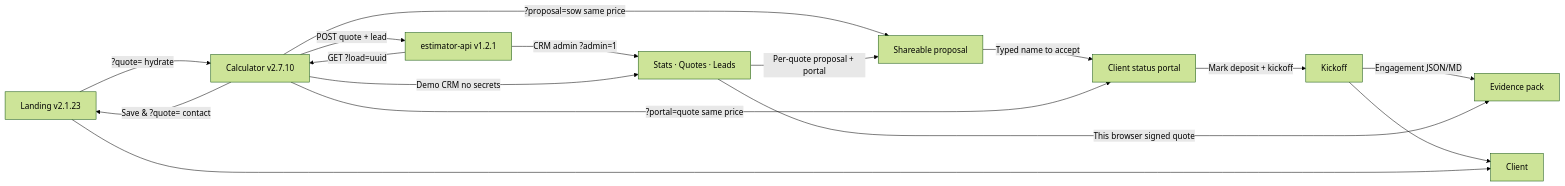
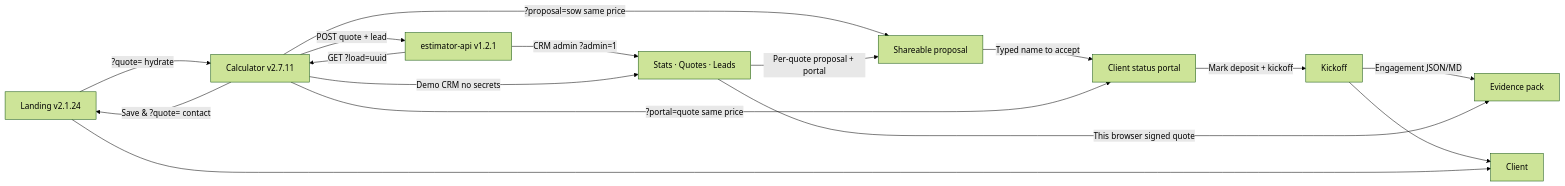
One commit to pixellayer7-jpg/pixellayer7-jpg changed the diagram in README.md. Above: the diagram before and after it, drawn with Mermaid (forest theme). The commit also changed other lines of this file and 4 other files, not shown here.

Commit message:
docs: landing v2.1.24, calculator v2.7.11 (axe a11y checks)

````diff
--- a/README.md
+++ b/README.md
@@ -21,18 +21,18 @@
 ```mermaid
 flowchart LR
-  A[Landing v2.1.23] -->|?quote= hydrate| B[Calculator v2.7.10]
+  A[Landing v2.1.24] -->|?quote= hydrate| B[Calculator v2.7.11]
   B -->|Save & ?quote= contact| A
   B -->|?proposal=sow same price| R[Shareable proposal]
   R -->|Typed name to accept| P[Client status portal]
   P -->|Mark deposit + kickoff| K[Kickoff]
   K -->|Engagement JSON/MD| X[Evidence pack]
   B -->|?portal=quote same price| P
   B -->|POST quote + lead| D[estimator-api v1.2.1]
   D -->|CRM admin ?admin=1| E[Stats · Quotes · Leads]
   B -->|Demo CRM no secrets| E
   E -->|This browser signed quote| X
   E -->|Per-quote proposal + portal| R
   K --> F[Client]
   D -->|GET ?load=uuid| B
   A --> F[Client]
 ```
````
